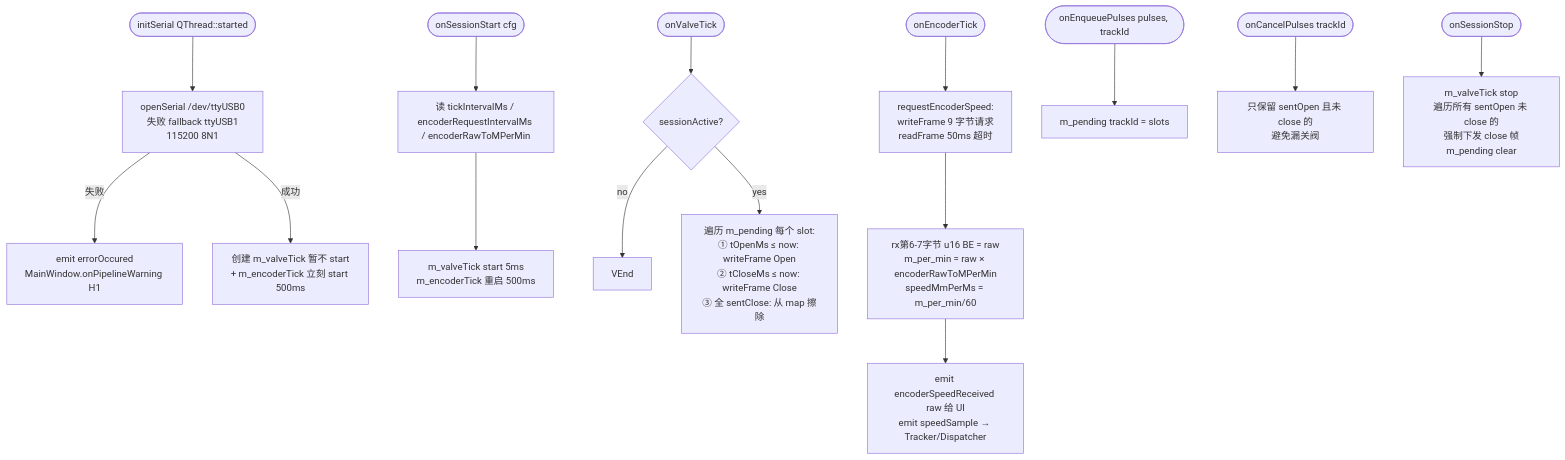
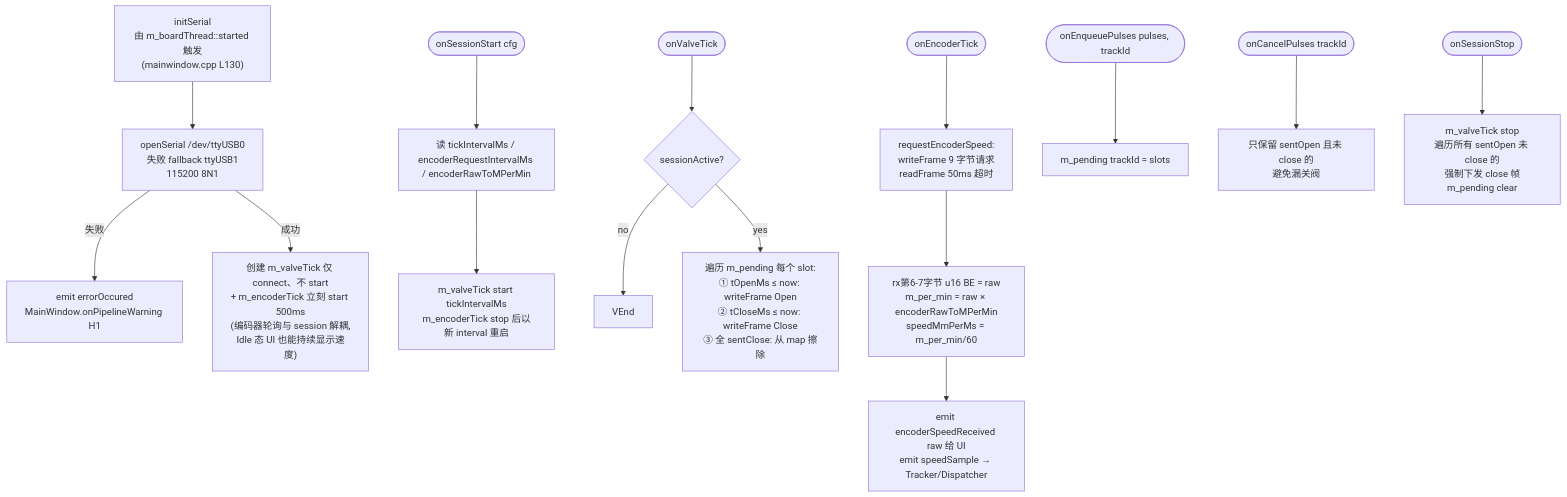
Before and after one commit to XiChYo/QINGLV: diagram 18 of 24 in docs/architecture.md, drawn with Mermaid. The commit also changed other lines of this file and 3 other files, not shown here.

````diff
--- a/docs/architecture.md
+++ b/docs/architecture.md
@@ -661,22 +685,22 @@
 ```mermaid
 flowchart TD
-    Init([initSerial QThread::started]) --> Open[openSerial /dev/ttyUSB0<br/>失败 fallback ttyUSB1<br/>115200 8N1]
+    Init["initSerial<br/>由 m_boardThread::started 触发<br/>(mainwindow.cpp L130)"] --> Open[openSerial /dev/ttyUSB0<br/>失败 fallback ttyUSB1<br/>115200 8N1]
     Open -- 失败 --> EmitErr[emit errorOccured<br/>MainWindow.onPipelineWarning H1]
-    Open -- 成功 --> Timers[创建 m_valveTick 暂不 start<br/>+ m_encoderTick 立刻 start 500ms]
+    Open -- 成功 --> Timers["创建 m_valveTick 仅 connect、不 start<br/>+ m_encoderTick 立刻 start 500ms<br/>(编码器轮询与 session 解耦,<br/>Idle 态 UI 也能持续显示速度)"]
 
     SS([onSessionStart cfg]) --> Conf[读 tickIntervalMs / encoderRequestIntervalMs / encoderRawToMPerMin]
-    Conf --> StartTicks[m_valveTick start 5ms<br/>m_encoderTick 重启 500ms]
+    Conf --> StartTicks[m_valveTick start tickIntervalMs<br/>m_encoderTick stop 后以新 interval 重启]
 
     VT([onValveTick]) --> VChk{sessionActive?}
     VChk -- no --> VEnd
     VChk -- yes --> Iter[遍历 m_pending 每个 slot:<br/>① tOpenMs ≤ now: writeFrame Open<br/>② tCloseMs ≤ now: writeFrame Close<br/>③ 全 sentClose: 从 map 擦除]
 
     ET([onEncoderTick]) --> Req[requestEncoderSpeed:<br/>writeFrame 9 字节请求<br/>readFrame 50ms 超时]
     Req --> Parse[rx第6-7字节 u16 BE = raw<br/>m_per_min = raw × encoderRawToMPerMin<br/>speedMmPerMs = m_per_min/60]
     Parse --> EmitEnc[emit encoderSpeedReceived raw 给 UI<br/>emit speedSample → Tracker/Dispatcher]
 
     EQ([onEnqueuePulses pulses, trackId]) --> Put[m_pending trackId = slots]
     CP([onCancelPulses trackId]) --> Keep[只保留 sentOpen 且未 close 的<br/>避免漏关阀]
 
     SSt([onSessionStop]) --> Stop[m_valveTick stop<br/>遍历所有 sentOpen 未 close 的<br/>强制下发 close 帧<br/>m_pending clear]
 ```
````
